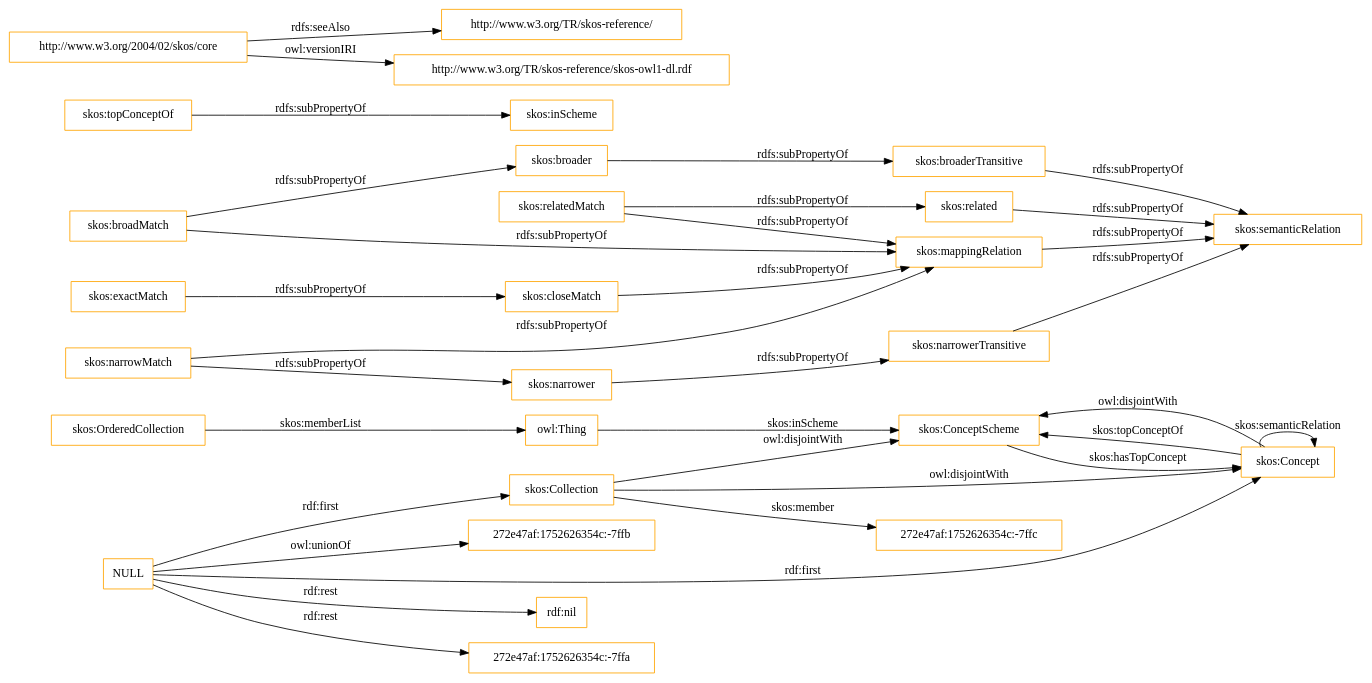
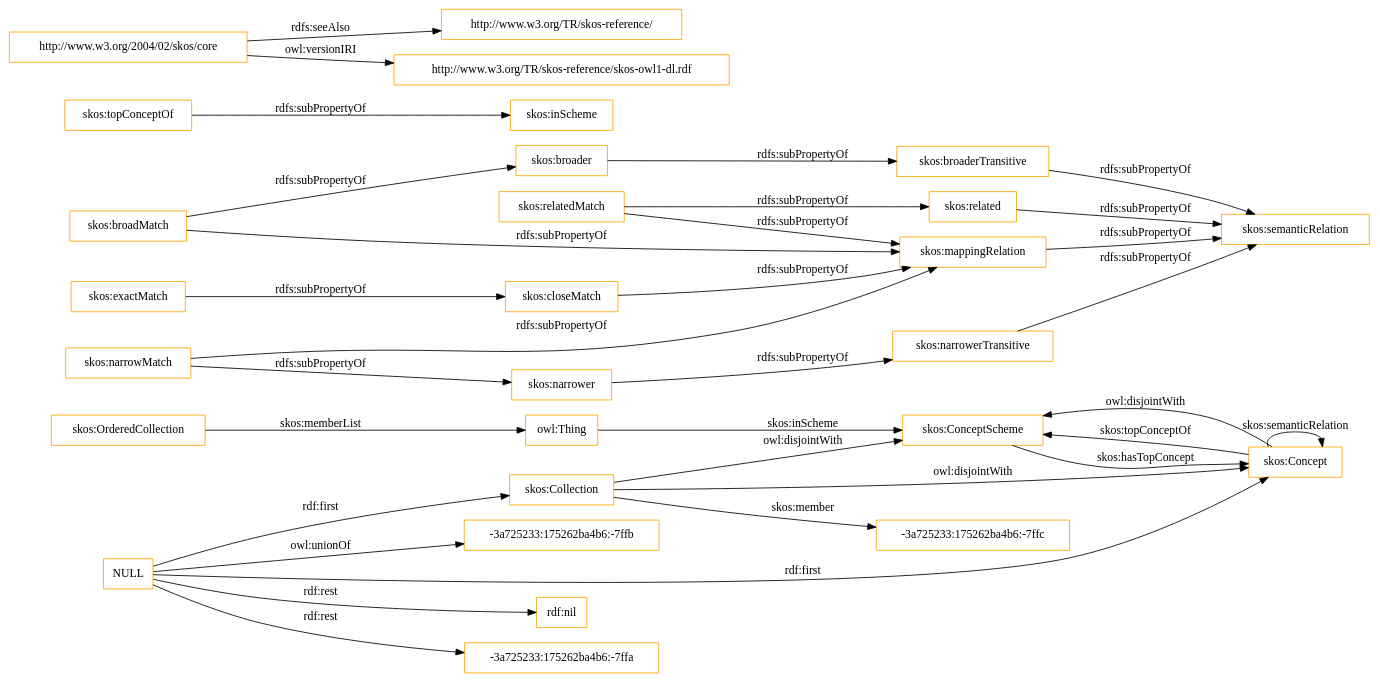
The diagram in OnToology/imports/skos.owl/diagrams/ar2dtool-class/skos.owl.png.dot (OnToologyUser/core-ontology-1), drawn with Graphviz before and after one commit. The commit also changed 14 other files, not shown here.

```diff
--- a/OnToology/imports/skos.owl/diagrams/ar2dtool-class/skos.owl.png.dot
+++ b/OnToology/imports/skos.owl/diagrams/ar2dtool-class/skos.owl.png.dot
@@ -1,37 +1,37 @@
 digraph ar2dtool_diagram { 
 rankdir=LR;
 size="1501"
-node [shape = rectangle, color="orange"]; "skos:OrderedCollection" "skos:ConceptScheme" "skos:Concept" "skos:Collection" "272e47af:1752626354c:-7ffc" ; /*classes style*/
+node [shape = rectangle, color="orange"]; "skos:OrderedCollection" "skos:ConceptScheme" "skos:Concept" "skos:Collection" "-3a725233:175262ba4b6:-7ffc" ; /*classes style*/
 	"skos:narrowerTransitive" -> "skos:semanticRelation" [ label = "rdfs:subPropertyOf" ];
 	"NULL" -> "rdf:nil" [ label = "rdf:rest" ];
 	"NULL" -> "skos:Concept" [ label = "rdf:first" ];
-	"NULL" -> "272e47af:1752626354c:-7ffa" [ label = "rdf:rest" ];
+	"NULL" -> "-3a725233:175262ba4b6:-7ffa" [ label = "rdf:rest" ];
 	"NULL" -> "skos:Collection" [ label = "rdf:first" ];
-	"NULL" -> "272e47af:1752626354c:-7ffb" [ label = "owl:unionOf" ];
+	"NULL" -> "-3a725233:175262ba4b6:-7ffb" [ label = "owl:unionOf" ];
 	"skos:closeMatch" -> "skos:mappingRelation" [ label = "rdfs:subPropertyOf" ];
 	"skos:Concept" -> "skos:ConceptScheme" [ label = "owl:disjointWith" ];
 	"skos:relatedMatch" -> "skos:related" [ label = "rdfs:subPropertyOf" ];
 	"skos:relatedMatch" -> "skos:mappingRelation" [ label = "rdfs:subPropertyOf" ];
 	"skos:related" -> "skos:semanticRelation" [ label = "rdfs:subPropertyOf" ];
 	"skos:topConceptOf" -> "skos:inScheme" [ label = "rdfs:subPropertyOf" ];
 	"skos:broadMatch" -> "skos:mappingRelation" [ label = "rdfs:subPropertyOf" ];
 	"skos:broadMatch" -> "skos:broader" [ label = "rdfs:subPropertyOf" ];
 	"skos:exactMatch" -> "skos:closeMatch" [ label = "rdfs:subPropertyOf" ];
 	"skos:broaderTransitive" -> "skos:semanticRelation" [ label = "rdfs:subPropertyOf" ];
 	"skos:broader" -> "skos:broaderTransitive" [ label = "rdfs:subPropertyOf" ];
 	"skos:mappingRelation" -> "skos:semanticRelation" [ label = "rdfs:subPropertyOf" ];
 	"http://www.w3.org/2004/02/skos/core" -> "http://www.w3.org/TR/skos-reference/" [ label = "rdfs:seeAlso" ];
 	"http://www.w3.org/2004/02/skos/core" -> "http://www.w3.org/TR/skos-reference/skos-owl1-dl.rdf" [ label = "owl:versionIRI" ];
 	"skos:Collection" -> "skos:ConceptScheme" [ label = "owl:disjointWith" ];
 	"skos:Collection" -> "skos:Concept" [ label = "owl:disjointWith" ];
 	"skos:narrower" -> "skos:narrowerTransitive" [ label = "rdfs:subPropertyOf" ];
 	"skos:narrowMatch" -> "skos:narrower" [ label = "rdfs:subPropertyOf" ];
 	"skos:narrowMatch" -> "skos:mappingRelation" [ label = "rdfs:subPropertyOf" ];
 	"skos:OrderedCollection" -> "owl:Thing" [ label = "skos:memberList" ];
 	"skos:Concept" -> "skos:ConceptScheme" [ label = "skos:topConceptOf" ];
 	"skos:Concept" -> "skos:Concept" [ label = "skos:semanticRelation" ];
-	"skos:Collection" -> "272e47af:1752626354c:-7ffc" [ label = "skos:member" ];
+	"skos:Collection" -> "-3a725233:175262ba4b6:-7ffc" [ label = "skos:member" ];
 	"skos:ConceptScheme" -> "skos:Concept" [ label = "skos:hasTopConcept" ];
 	"owl:Thing" -> "skos:ConceptScheme" [ label = "skos:inScheme" ];
 
 }
```
